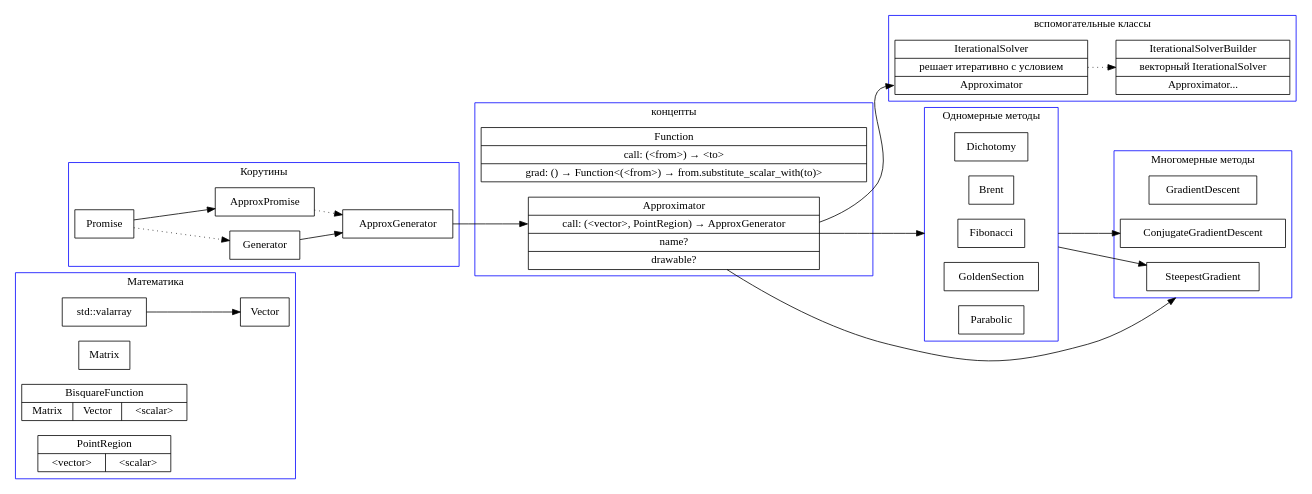
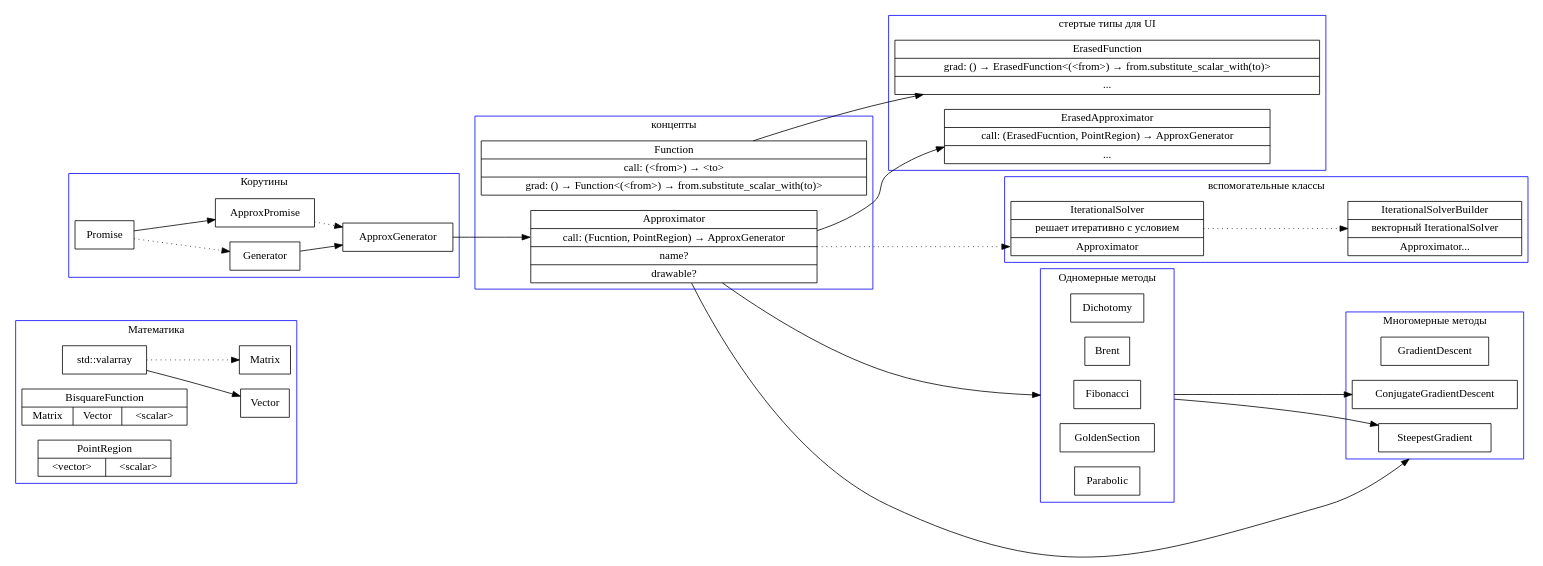
The diagram in doc/2/project.dot (kp2pml30/optimization-methods-labs), drawn with Graphviz before and after one commit. The commit also changed 18 other files, not shown here.

```diff
--- a/doc/2/project.dot
+++ b/doc/2/project.dot
@@ -1,63 +1,72 @@
 digraph Project {
 	node[shape=record];
 	rankdir="LR";
 	compound=true;
 	subgraph cluster_Math {
 		label = Математика;
 		color=blue;
 
 		valarray[label="std::valarray"];
 		valarray -> Vector;
-		Matrix;
+		valarray -> Matrix [style="dotted"];
 		BisquareFunction[label="BisquareFunction|{Matrix|Vector|\<scalar\>}"];
 		PointRegion[label="PointRegion|{\<vector\>|\<scalar\>}"];
 	}
 	subgraph cluster_Onedim {
 		label = "Одномерные методы";
 		color=blue;
 
 		Dichotomy;
 		Brent;
 		Fibonacci;
 		GoldenSection;
 		Parabolic;
 	}
 	subgraph cluster_Multidim {
 		label = "Многомерные методы";
 		color=blue;
 
 		GradientDescent;
 		SteepestGradient;
 		ConjugateGradientDescent;
 	}
 	subgraph cluster_Coroutines {
 		label = "Корутины";
 		color=blue;
 
 		Promise -> Generator [style="dotted"];
 		Generator -> ApproxGenerator;
 		Promise -> ApproxPromise;
 		ApproxPromise -> ApproxGenerator [style="dotted"];
 	}
 	subgraph cluster_Concepts {
 		label = "концепты";
 		color=blue;
 
 		Function[label="Function|call: (\<from\>) → \<to\>|grad: () → Function\<(\<from\>) → from.substitute_scalar_with(to)\>"];
-		Approximator[label="Approximator|<f1>call: (\<vector\>, PointRegion) → ApproxGenerator|name?|drawable?"]
+		Approximator[label="Approximator|<f1>call: (Fucntion, PointRegion) → ApproxGenerator|name?|drawable?"]
 	}
 	ApproxGenerator -> Approximator:f1;
 	Fibonacci -> SteepestGradient [ltail=cluster_Onedim];
 	Fibonacci -> ConjugateGradientDescent [ltail=cluster_Onedim];
 	Approximator -> Fibonacci [lhead=cluster_Onedim];
 	Approximator -> SteepestGradient [lhead=cluster_Multidim];
 	subgraph cluster_Helpers {
 		label = "вспомогательные классы";
 		color=blue;
 
 		IterationalSolver[label="IterationalSolver|решает итеративно с условием|<f1>Approximator"];
 		IterationalSolverBuilder[label="IterationalSolverBuilder|векторный IterationalSolver|Approximator..."];
 		IterationalSolver -> IterationalSolverBuilder [style="dotted"];
 	}
-	Approximator -> IterationalSolver:f1;
+	Approximator -> IterationalSolver:f1 [style="dotted"];
+	subgraph cluster_Erased {
+		label = "стертые типы для UI";
+		color=blue;
+
+		Function -> ErasedFunction;
+		ErasedFunction[label="ErasedFunction|grad: () → ErasedFunction\<(\<from\>) → from.substitute_scalar_with(to)\>|..."];
+		Approximator -> ErasedApproximator;
+		ErasedApproximator[label="ErasedApproximator|call: (ErasedFucntion, PointRegion) → ApproxGenerator|..."]
+	}
 }
```
